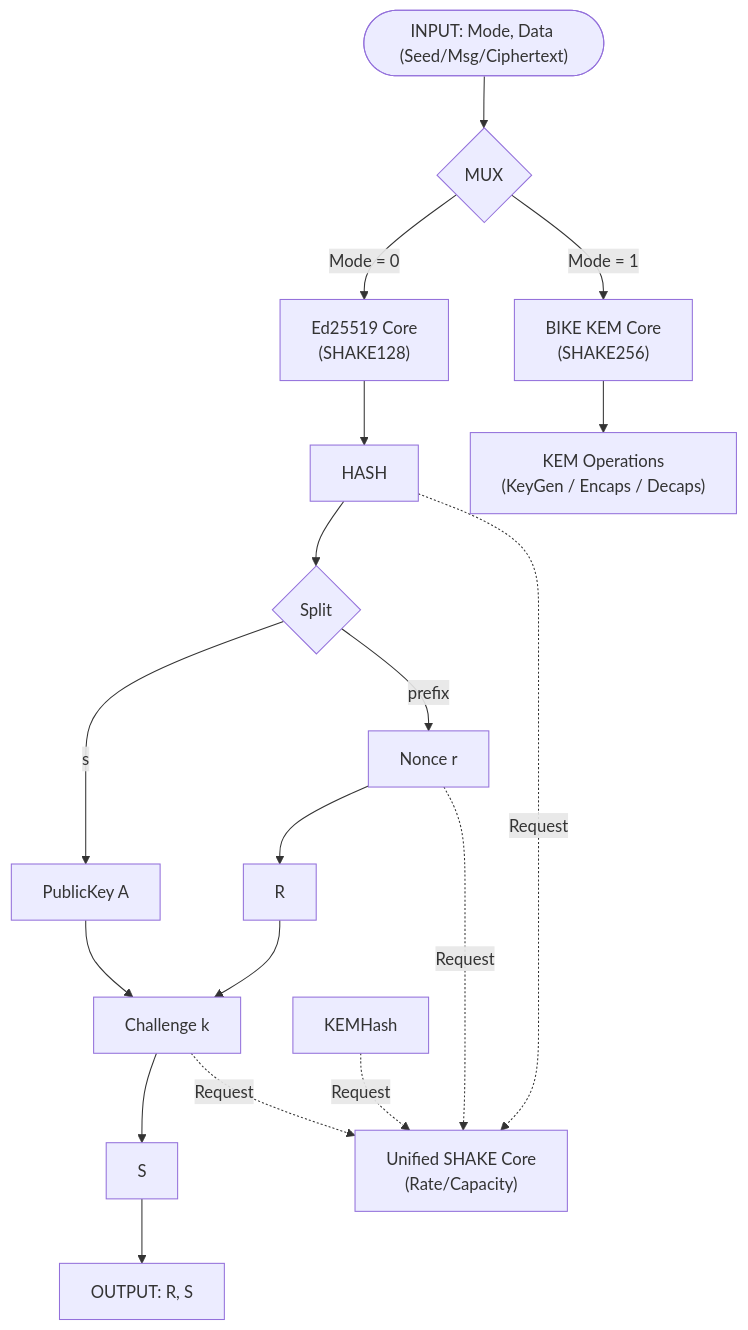
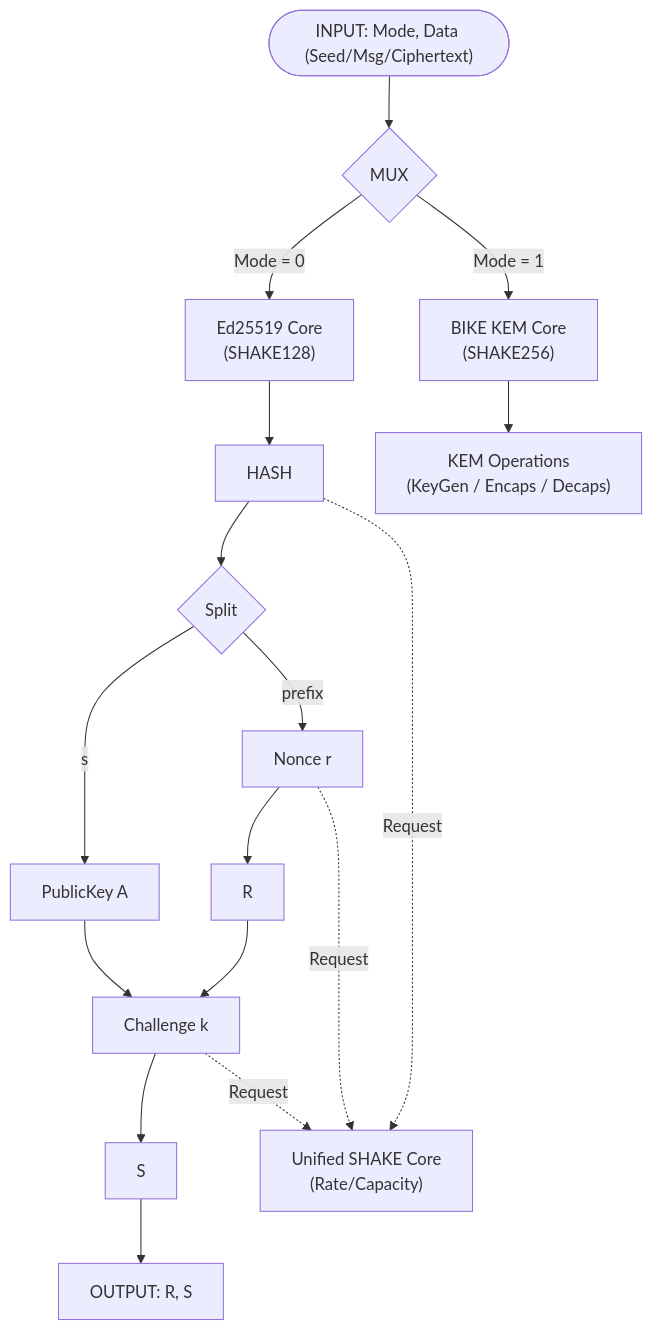
The diagram in README.md (BAT-LAB69/CRYPTO_SOC), drawn with Mermaid before and after one commit.

Commit message:
Add KEMHash section to README
Update README to include KEMHash section.

````diff
--- a/README.md
+++ b/README.md
@@ -2,32 +2,32 @@
 ```mermaid
 flowchart TD
     %% System Input
     Input(["INPUT: Mode, Data (Seed/Msg/Ciphertext)"]) --> Mux{"MUX"}
 
     %% Mode Selection
     Mux -->|Mode = 0| EdFlow["Ed25519 Core <br>(SHAKE128)"]
     Mux -->|Mode = 1| KEMFlow["BIKE KEM Core <br> (SHAKE256)"]
 
     %% Ed25519 Detailed Flow
     EdFlow --> HashSeed["HASH"]
     HashSeed --> Split{Split}
     Split -->|s| GenPub["PublicKey A"]
     Split -->|prefix| HashNonce["Nonce r"]
     GenPub --> HashChal["Challenge k"]
     HashNonce --> GenR["R"]
     GenR --> HashChal
     HashChal --> CalcS["S"]
     CalcS --> EdOut["OUTPUT: R, S"]
 
     %% KEM Detailed Flow (Placeholder)
     KEMFlow --> KEMOp["KEM Operations <br> (KeyGen / Encaps / Decaps)"]
     %% KEMOp --> KEMHash["SHAKE256 Hashing"]
     %% KEMHash --> KEMOut["OUTPUT: Shared Secret / Ciphertext"]
 
     %% Unified Keccak Core
     HashSeed -.->|Request| ShakeCore["Unified SHAKE Core <br> (Rate/Capacity)"]
     HashNonce -.->|Request| ShakeCore
     HashChal -.->|Request| ShakeCore
-    KEMHash -.->|Request| ShakeCore
+    %% KEMHash -.->|Request| ShakeCore
 
 ```
````
